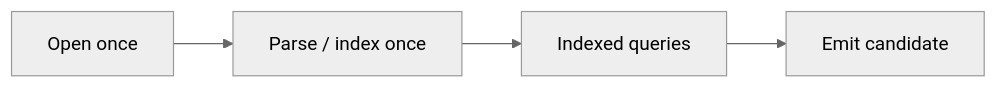
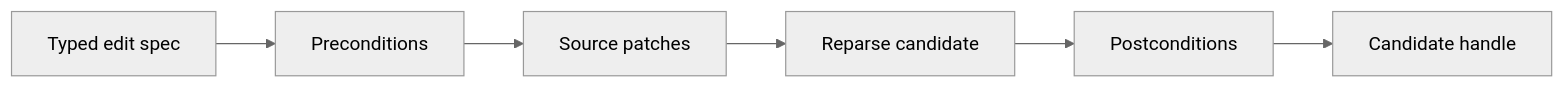
Before and after one commit to agredyaev/tabkit: the third of 3 diagrams in docs/ARCHITECTURE.md, drawn with Mermaid (neutral theme). The commit also changed other lines of this file and 11 other files, not shown here.

````diff
--- a/docs/ARCHITECTURE.md
+++ b/docs/ARCHITECTURE.md
@@ -171,6 +138,8 @@
 ```mermaid
 flowchart LR
-    open["Open once"] --> parse["Parse / index once"]
-    parse --> query["Indexed queries"]
-    query --> candidate["Emit candidate"]
+    spec["Typed edit spec"] --> checks["Preconditions"]
+    checks --> patches["Source patches"]
+    patches --> reparse["Reparse candidate"]
+    reparse --> post["Postconditions"]
+    post --> handle["Candidate handle"]
 ```
````
